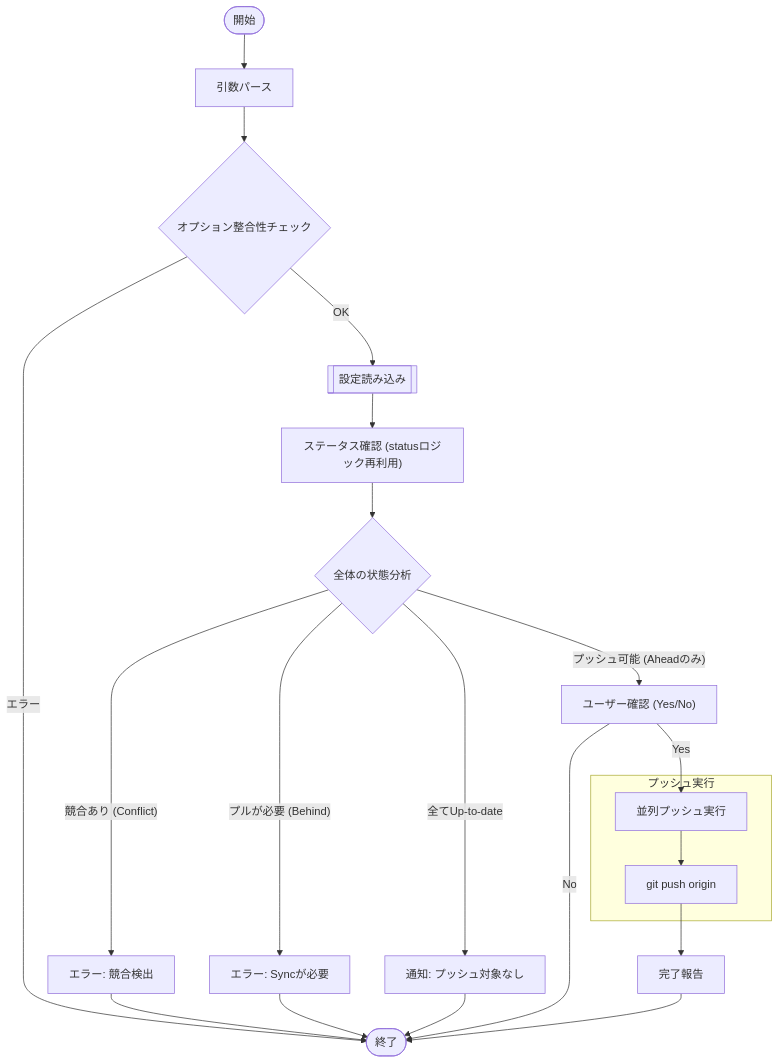
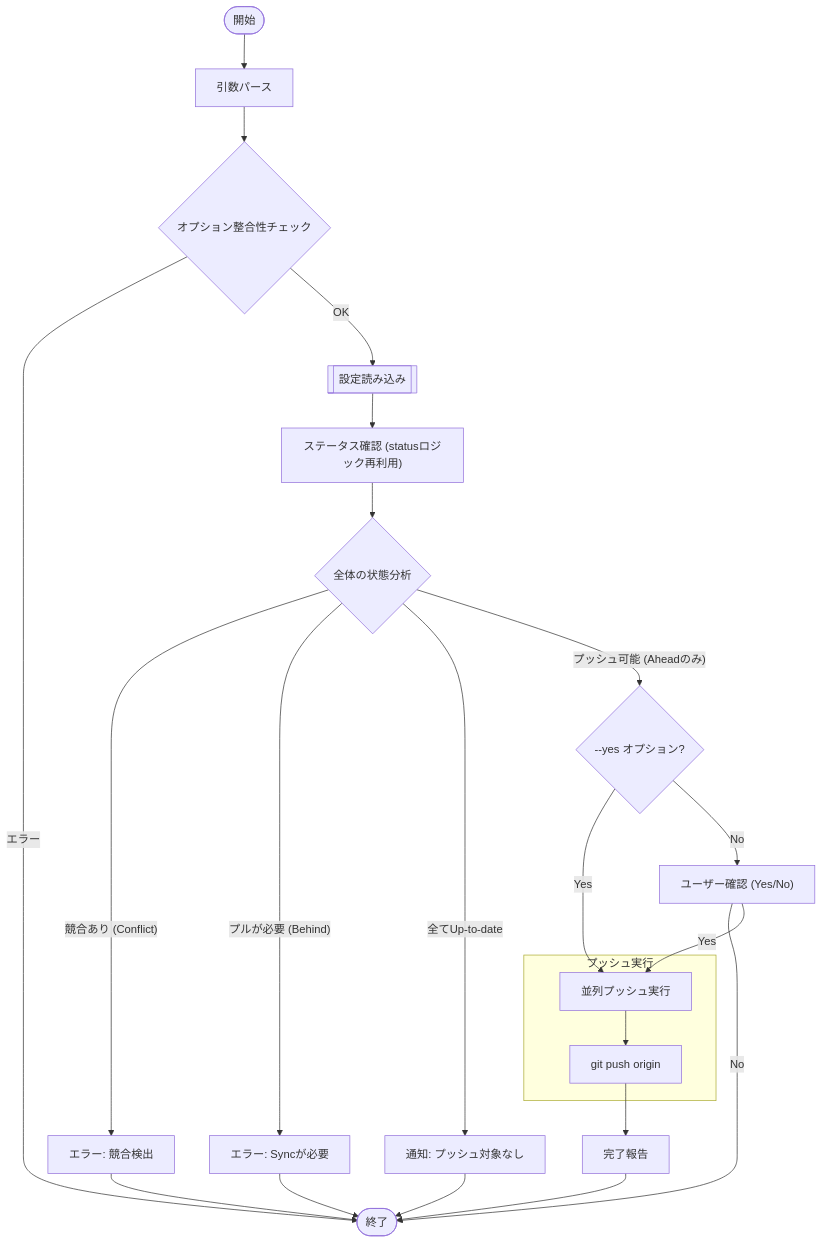
One commit to keiji/mistletoe changed the diagram in docs/internal/app/push.md. Above: the diagram before and after it, drawn with Mermaid. The commit also changed other lines of this file and 22 other files, not shown here.

````diff
--- a/docs/internal/app/push.md
+++ b/docs/internal/app/push.md
@@ -31,27 +32,30 @@
 ```mermaid
 flowchart TD
     Start(["開始"]) --> ParseArgs["引数パース"]
     ParseArgs --> ValidateFlags{"オプション整合性チェック"}
     ValidateFlags -- "エラー" --> Stop(["終了"])
     ValidateFlags -- "OK" --> LoadConfigSub[["設定読み込み"]]
     LoadConfigSub --> StatusCheck["ステータス確認 (statusロジック再利用)"]
     StatusCheck --> AnalyzeState{"全体の状態分析"}
 
     AnalyzeState -- "競合あり (Conflict)" --> ErrorConflict["エラー: 競合検出"]
     AnalyzeState -- "プルが必要 (Behind)" --> ErrorBehind["エラー: Syncが必要"]
     AnalyzeState -- "全てUp-to-date" --> InfoNothing["通知: プッシュ対象なし"]
-    AnalyzeState -- "プッシュ可能 (Aheadのみ)" --> Confirm["ユーザー確認 (Yes/No)"]
+    AnalyzeState -- "プッシュ可能 (Aheadのみ)" --> CheckYes{"--yes オプション?"}
+
+    CheckYes -- "Yes" --> PushLoop["並列プッシュ実行"]
+    CheckYes -- "No" --> Confirm["ユーザー確認 (Yes/No)"]
 
     Confirm -- "No" --> Stop(["終了"])
-    Confirm -- "Yes" --> PushLoop["並列プッシュ実行"]
+    Confirm -- "Yes" --> PushLoop
 
     subgraph "プッシュ実行"
         PushLoop --> GitPush["git push origin <branch>"]
     end
 
     GitPush --> Report["完了報告"]
     ErrorConflict --> Stop
     ErrorBehind --> Stop
     InfoNothing --> Stop
     Report --> Stop
 ```
````
